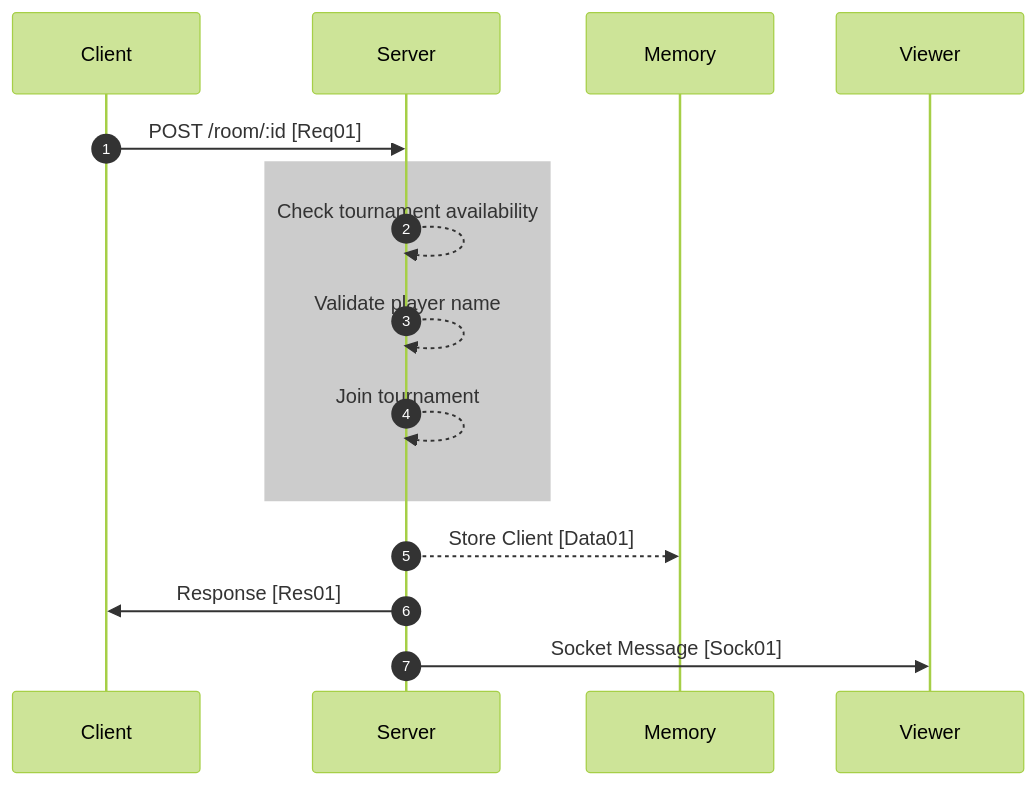
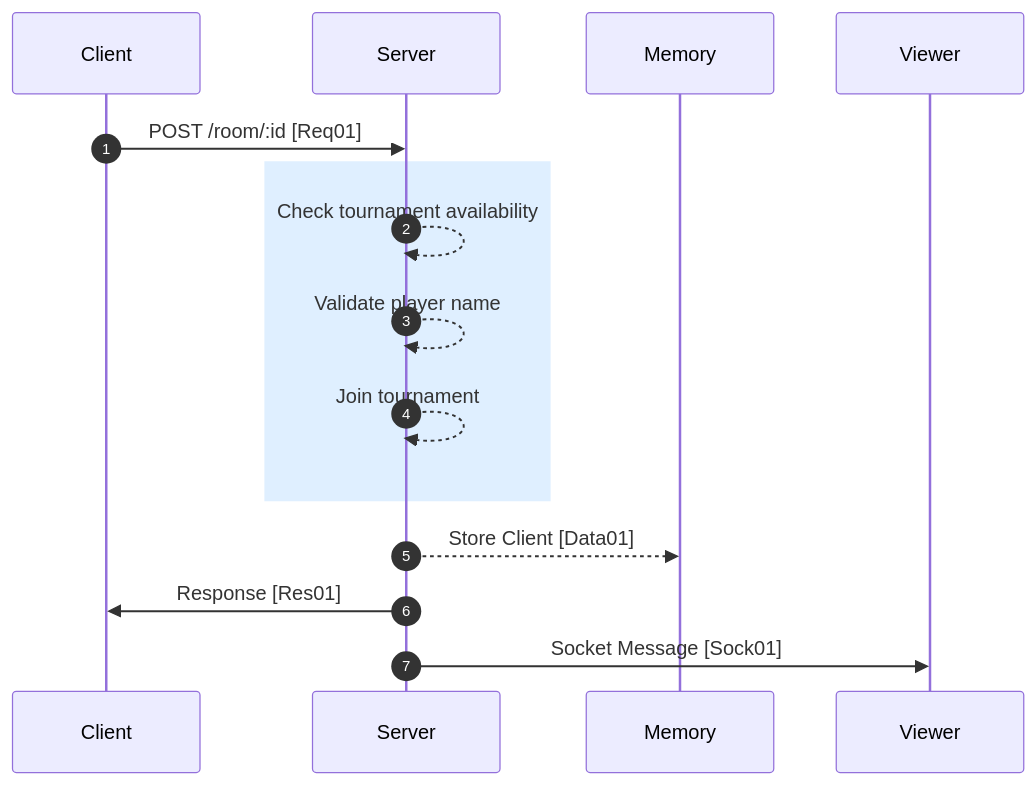
One commit to supunTE/razor changed the diagram in docs/test.md. Above: the diagram before and after it, drawn with Mermaid.

````diff
--- a/docs/test.md
+++ b/docs/test.md
@@ -4,33 +4,20 @@
 ```mermaid
-%%{
-  init: {
-    'theme': 'forest',
-    'themeVariables': {
-      'primaryColor': '#BB2528',
-      'primaryTextColor': '#fff',
-      'primaryBorderColor': '#7C0000',
-      'lineColor': '#F8B229',
-      'secondaryColor': '#006100',
-      'tertiaryColor': '#fff'
-    }
-  }
-}%%
 sequenceDiagram
     autonumber
     participant C as Client
     participant S as Server
     participant M as Memory
     participant V as Viewer
 
     C->>S: POST /room/:id [Req01]
 
-    rect rgba(0,0,0,0.2)
+    rect rgba(191, 223, 255, 0.5)
         S-->>S: Check tournament availability
         S-->>S: Validate player name
         S-->>S: Join tournament
     end
 
     S-->>M: Store Client [Data01]
     S->>C: Response [Res01]
     S->>V: Socket Message [Sock01]
 ```
````
